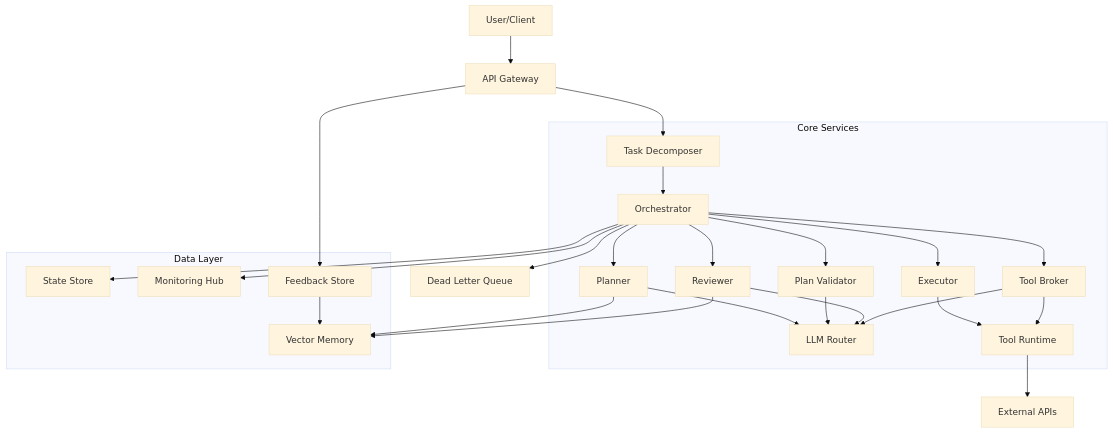
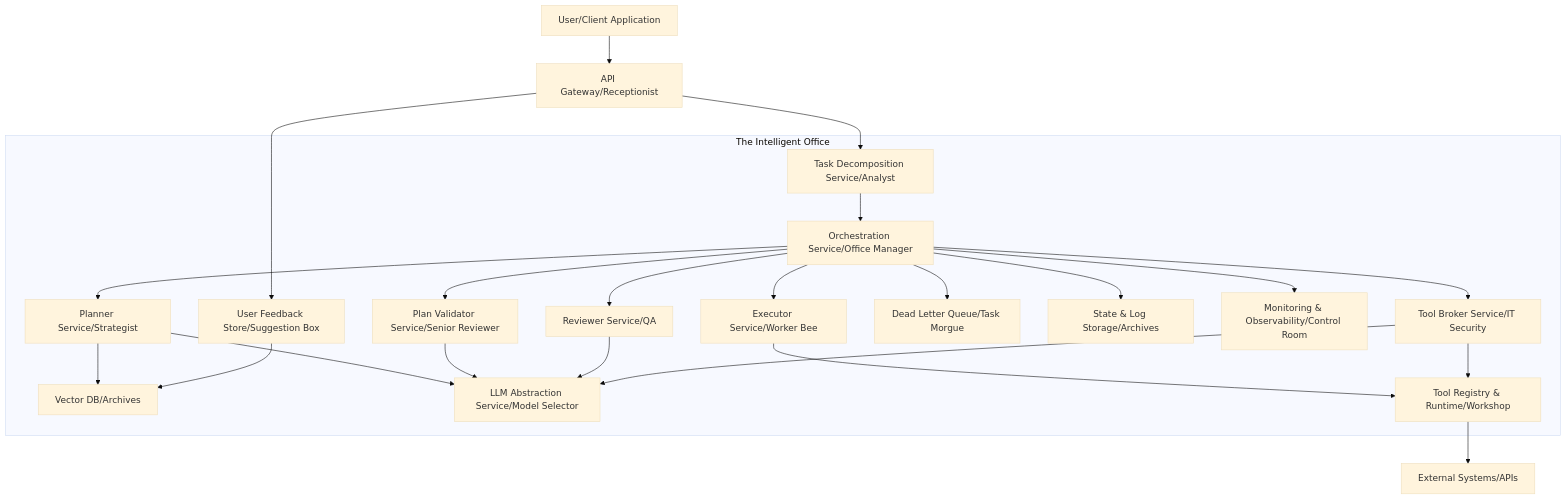
One commit to yuu-ri/AIDAMI changed the first of 4 diagrams in docs/design/IO.md. Above: the diagram before and after it, drawn with Mermaid (base theme). The commit also changed other lines of this file, not shown here.

````diff
--- a/docs/design/IO.md
+++ b/docs/design/IO.md
@@ -26,49 +7,47 @@
 ```mermaid
+%% Mermaid version: 10.9.4 %%
 graph TD
-    U[User/Client] --> G[API Gateway]
-    G --> TD[Task Decomposer]
-    TD --> O[Orchestrator]
+    U[User/Client Application] --> G[API Gateway/Receptionist]
+    G --> TD[Task Decomposition Service/Analyst]
+    TD --> O[Orchestration Service/Office Manager]
     
-    O --> P[Planner]
-    O --> PV[Plan Validator]
-    O --> E[Executor]
-    O --> R[Reviewer]
-    O --> TB[Tool Broker]
-    O --> DLQ[Dead Letter Queue]
+    O --> P[Planner Service/Strategist]
+    O --> PV[Plan Validator Service/Senior Reviewer]
+    O --> E[Executor Service/Worker Bee]
+    O --> R[Reviewer Service/QA]
+    O --> TB[Tool Broker Service/IT Security]
+    O --> DLQ[Dead Letter Queue/Task Morgue]
     
-    P --> L[LLM Router]
+    P --> V[Vector DB/Archives]
+    P --> L[LLM Abstraction Service/Model Selector]
     PV --> L
     R --> L
     TB --> L
     
-    E --> TR[Tool Runtime]
-    TR --> XS[External APIs]
+    E --> TR[Tool Registry & Runtime/Workshop]
+    TR --> XS[External Systems/APIs]
     TB --> TR
     
-    O --> S[State Store]
-    O --> M[Monitoring Hub]
+    O --> S[State & Log Storage/Archives]
+    O --> M[Monitoring & Observability/Control Room]
     
-    P --> V[Vector Memory]
-    R --> V
-    G --> UF[Feedback Store]
+    G --> UF[User Feedback Store/Suggestion Box]
     UF --> V
     
-    subgraph "Core Services"
+    subgraph "The Intelligent Office"
         TD
         O
         P
         PV
         E
         R
         TB
         TR
         L
-    end
-    
-    subgraph "Data Layer"
         S
         V
         UF
         M
+        DLQ
     end
 ```
````
